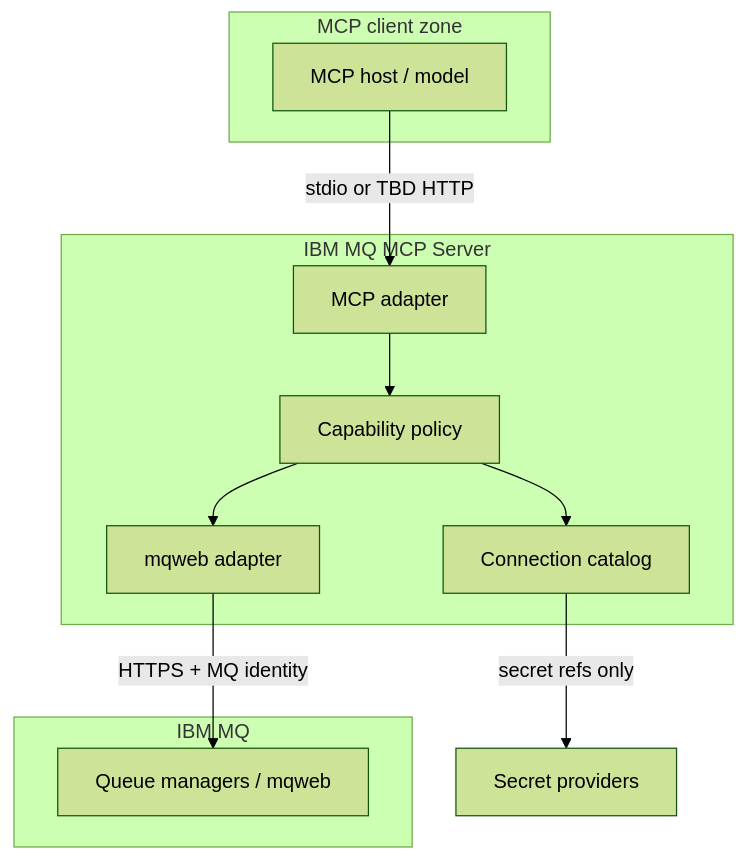
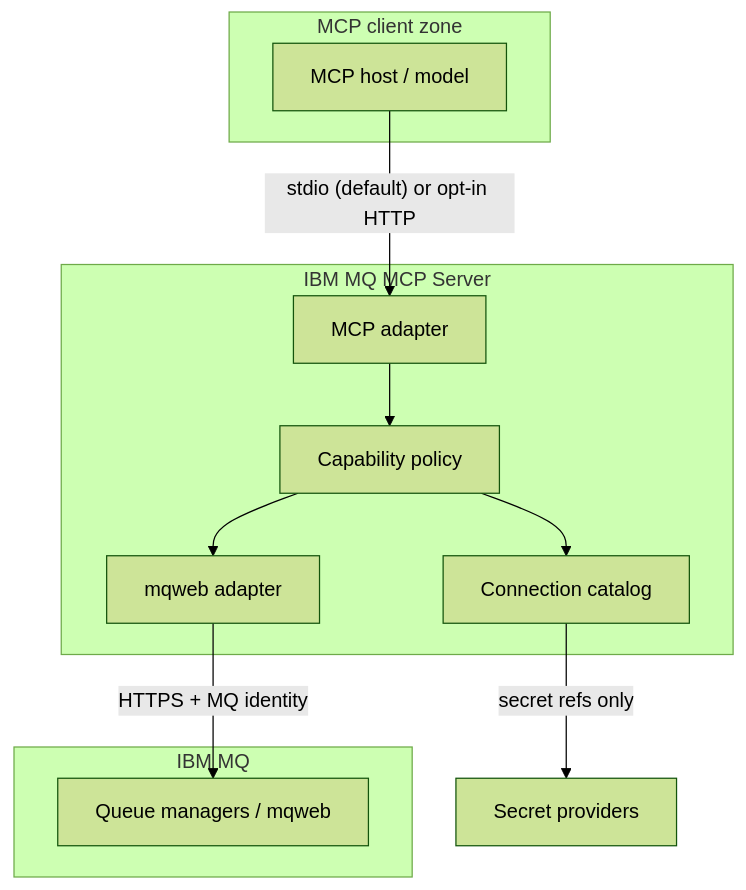
Before and after one commit to PlatformRelay/IBM-MQ-MCP-Server: the diagram in docs/security/threat-model.md, drawn with Mermaid (forest theme). The commit also changed other lines of this file and 11 other files, not shown here.

````diff
--- a/docs/security/threat-model.md
+++ b/docs/security/threat-model.md
@@ -30,21 +30,21 @@
 ```mermaid
 flowchart TB
   subgraph client_zone["MCP client zone"]
     host["MCP host / model"]
   end
   subgraph server_zone["IBM MQ MCP Server"]
     mcp["MCP adapter"]
     policy["Capability policy"]
     catalog["Connection catalog"]
     adapter["mqweb adapter"]
     mcp --> policy
     policy --> catalog
     policy --> adapter
   end
   subgraph mq_zone["IBM MQ"]
     qm["Queue managers / mqweb"]
   end
-  host -->|"stdio or TBD HTTP"| mcp
+  host -->|"stdio (default) or opt-in HTTP"| mcp
   catalog -->|"secret refs only"| secrets["Secret providers"]
   adapter -->|"HTTPS + MQ identity"| qm
 ```
````
